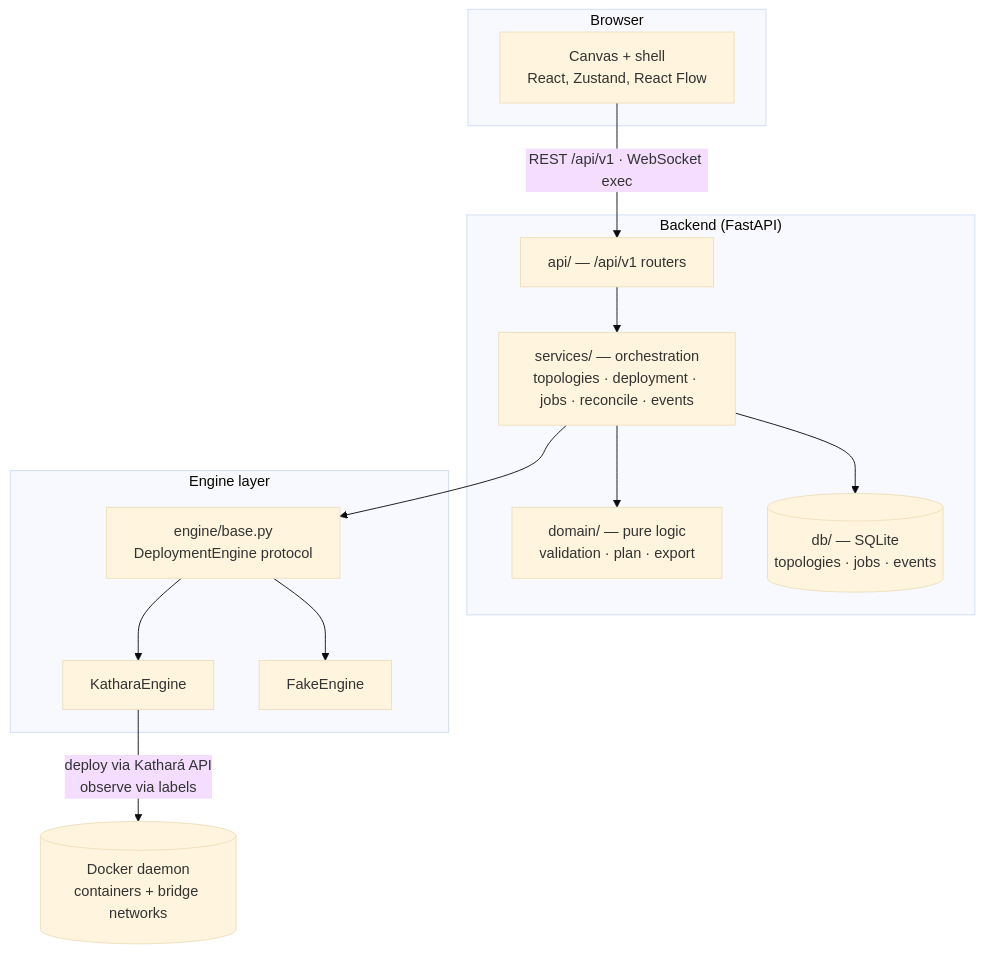
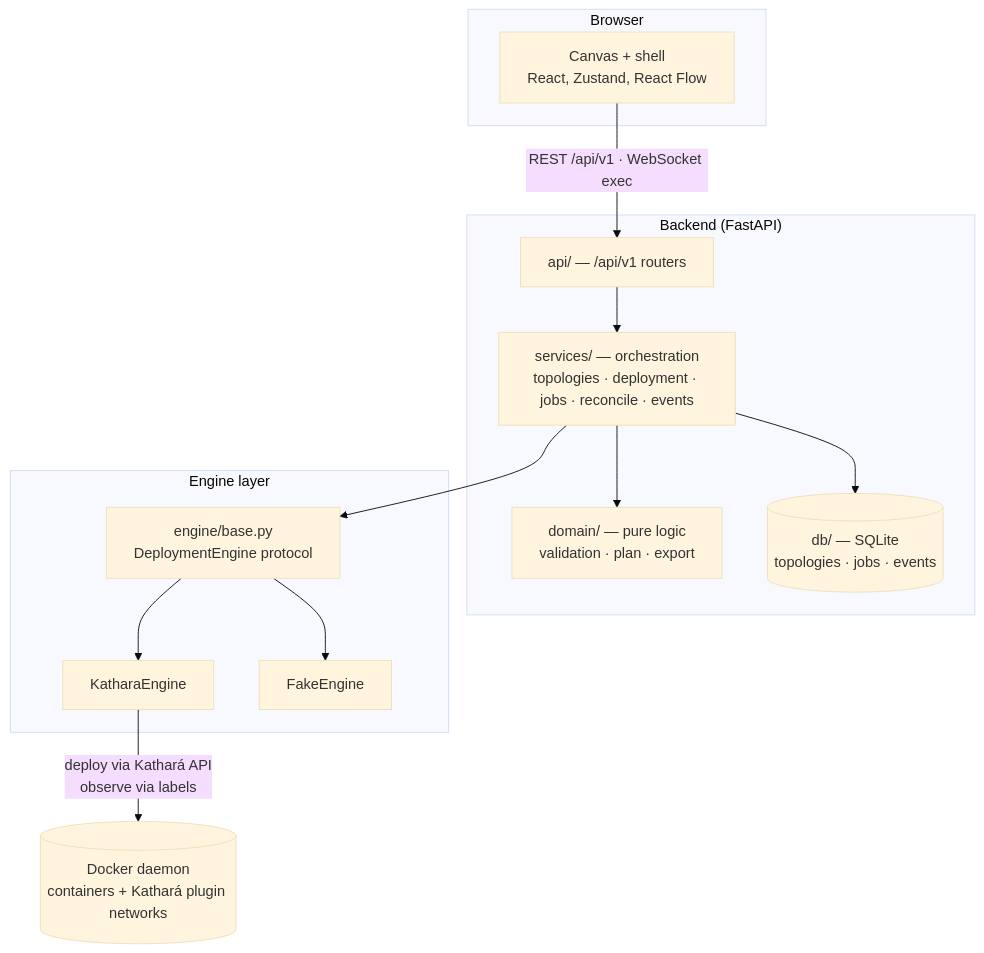
The first of 2 diagrams in docs/ARCHITECTURE.md (UoIShieldLabs/AE3GISv3), drawn with Mermaid (base theme) before and after one commit. The commit also changed other lines of this file and 3 other files, not shown here.

````diff
--- a/docs/ARCHITECTURE.md
+++ b/docs/ARCHITECTURE.md
@@ -103,30 +103,30 @@
 ```mermaid
 flowchart TB
     subgraph browser["Browser"]
         canvas["Canvas + shell<br/>React, Zustand, React Flow"]
     end
 
     subgraph backend["Backend (FastAPI)"]
         api["api/ — /api/v1 routers"]
         services["services/ — orchestration<br/>topologies · deployment · jobs · reconcile · events"]
         domain["domain/ — pure logic<br/>validation · plan · export"]
         db[("db/ — SQLite<br/>topologies · jobs · events")]
     end
 
     subgraph engines["Engine layer"]
         seam["engine/base.py<br/>DeploymentEngine protocol"]
         kathara["KatharaEngine"]
         fake["FakeEngine"]
     end
 
-    docker[("Docker daemon<br/>containers + bridge networks")]
+    docker[("Docker daemon<br/>containers + Kathará plugin networks")]
 
     canvas -->|"REST /api/v1 · WebSocket exec"| api
     api --> services
     services --> domain
     services --> db
     services --> seam
     seam --> kathara
     seam --> fake
     kathara -->|"deploy via Kathará API<br/>observe via labels"| docker
 ```
````
